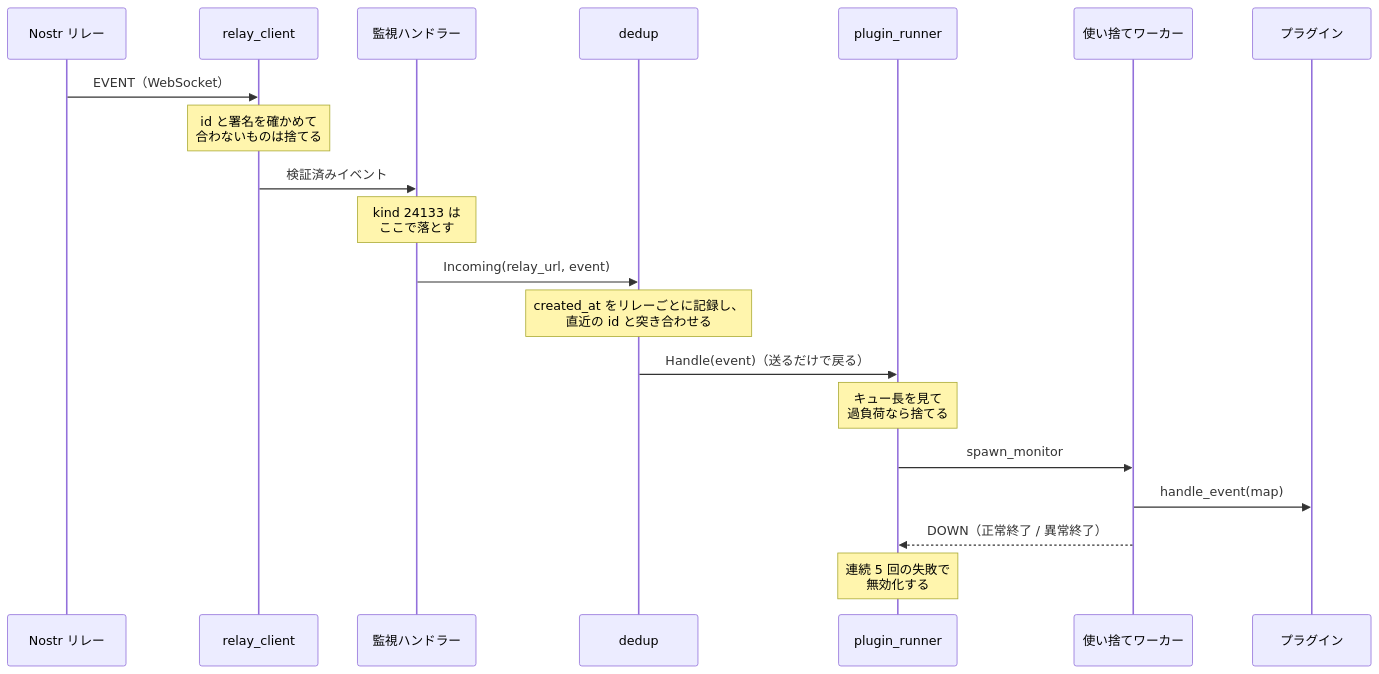
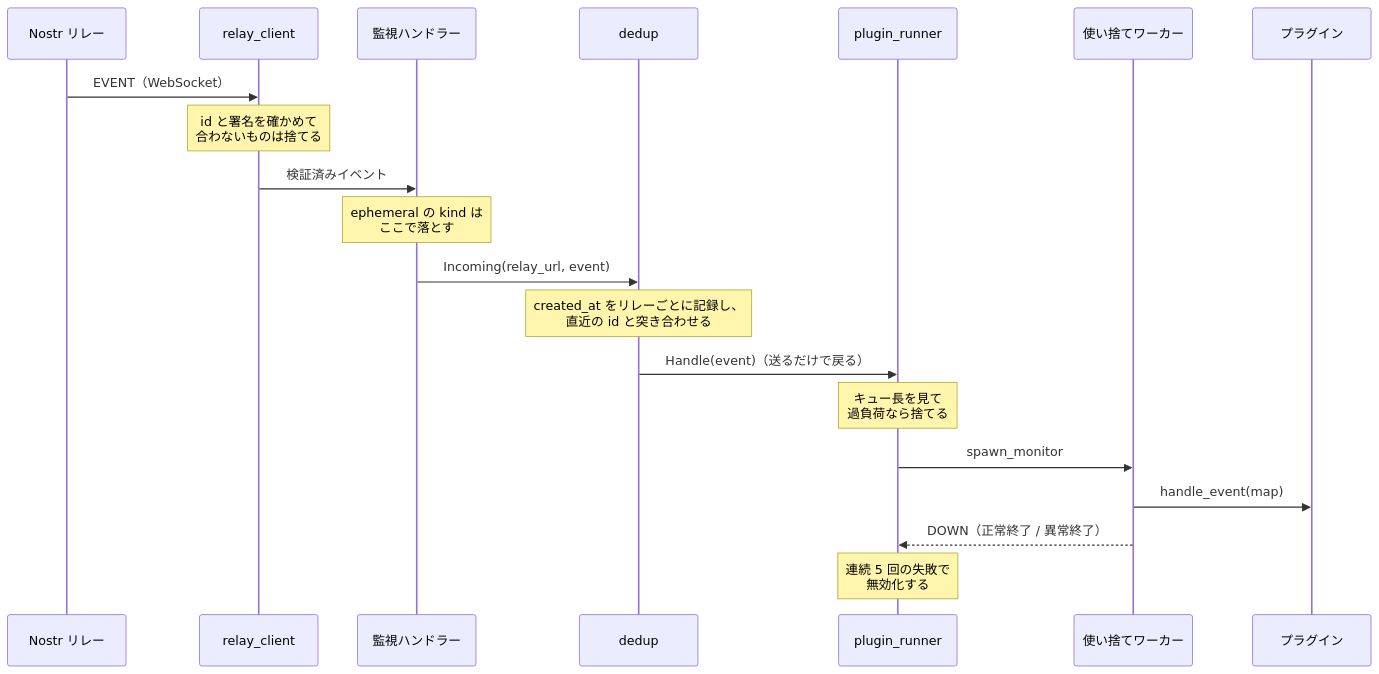
The second of 9 diagrams in docs/architecture.md (neverclear86/nostr-no-su), drawn with Mermaid before and after one commit. The commit also changed other lines of this file and 8 other files, not shown here.

````diff
--- a/docs/architecture.md
+++ b/docs/architecture.md
@@ -132,23 +132,23 @@
 ```mermaid
 sequenceDiagram
     participant relay as Nostr リレー
     participant client as relay_client
     participant handler as 監視ハンドラー
     participant dedup as dedup
     participant runner as plugin_runner
     participant worker as 使い捨てワーカー
     participant plugin as プラグイン
 
     relay->>client: EVENT（WebSocket）
     Note over client: id と署名を確かめて<br/>合わないものは捨てる
     client->>handler: 検証済みイベント
-    Note over handler: kind 24133 は<br/>ここで落とす
+    Note over handler: ephemeral の kind は<br/>ここで落とす
     handler->>dedup: Incoming(relay_url, event)
     Note over dedup: created_at をリレーごとに記録し、<br/>直近の id と突き合わせる
     dedup->>runner: Handle(event)（送るだけで戻る）
     Note over runner: キュー長を見て<br/>過負荷なら捨てる
     runner->>worker: spawn_monitor
     worker->>plugin: handle_event(map)
     worker-->>runner: DOWN（正常終了 / 異常終了）
     Note over runner: 連続 5 回の失敗で<br/>無効化する
 ```
````
